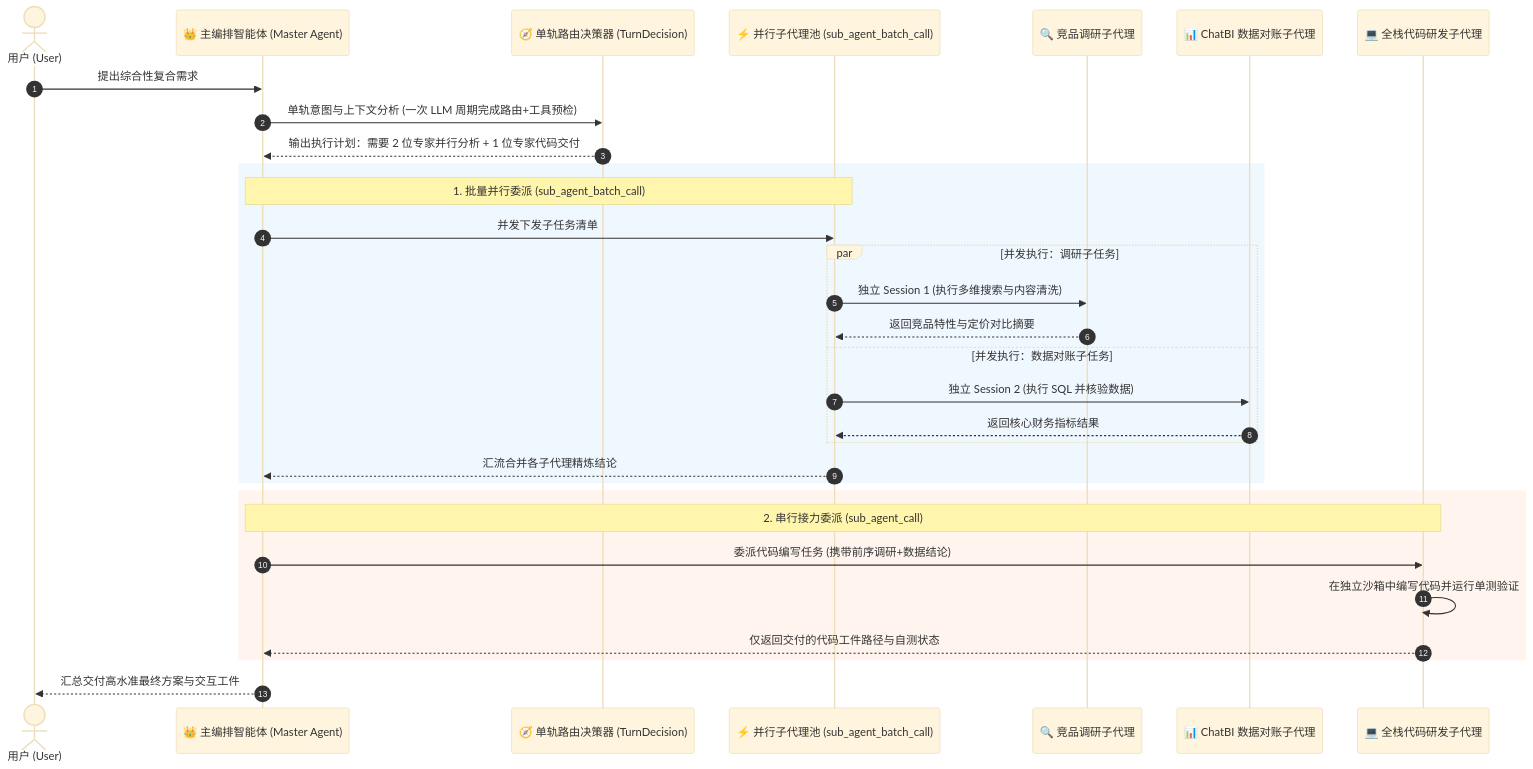
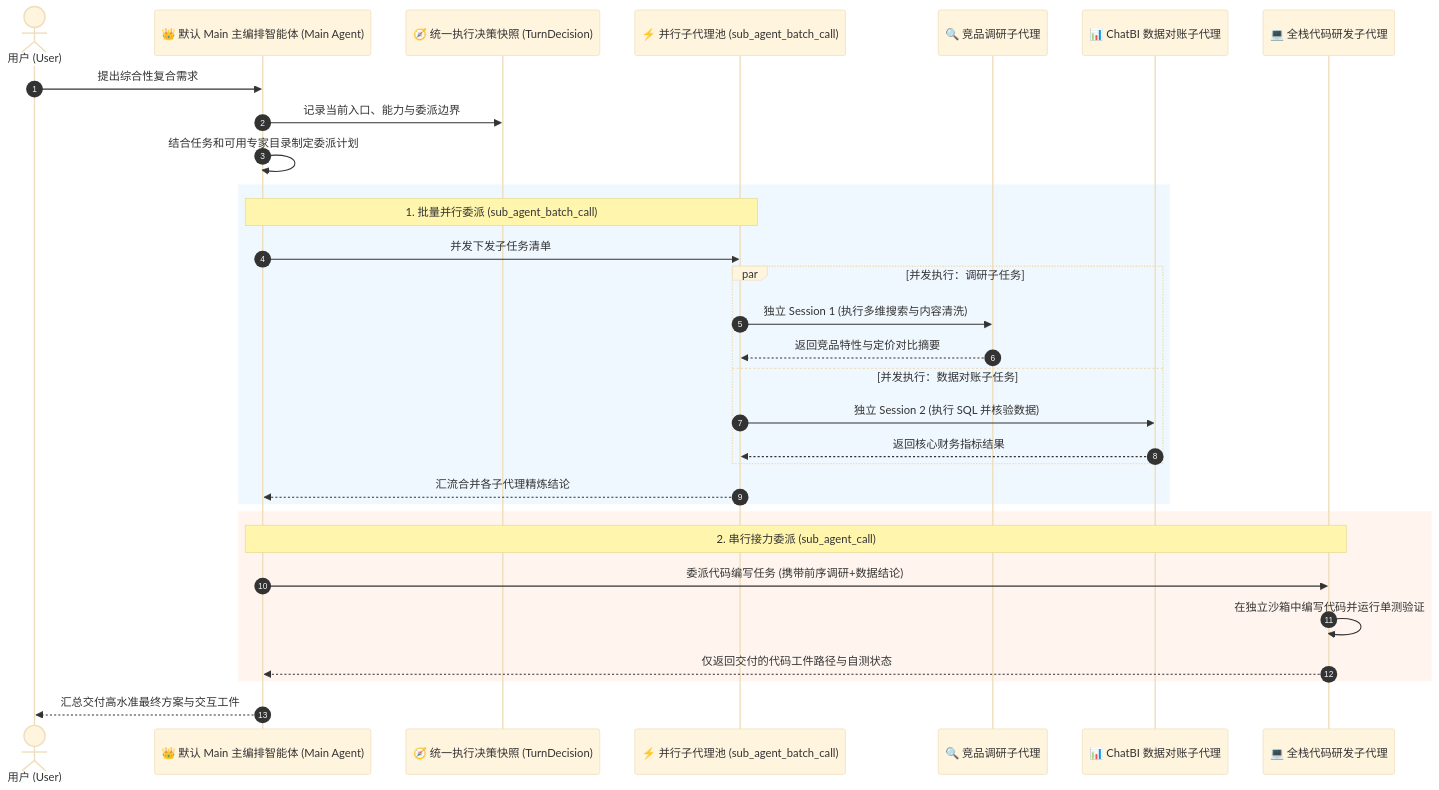
Before and after one commit to CandyACE/nanzi-ai-agent-platform: the fifth of 19 diagrams in FAQ.md, drawn with Mermaid (base theme). The commit also changed other lines of this file and 25 other files, not shown here.

````diff
--- a/FAQ.md
+++ b/FAQ.md
@@ -815,37 +815,37 @@
 ```mermaid
 sequenceDiagram
     autonumber
     actor User as 用户 (User)
-    participant Master as 👑 主编排智能体 (Master Agent)
-    participant Decision as 🧭 单轨路由决策器 (TurnDecision)
+    participant Master as 👑 默认 Main 主编排智能体 (Main Agent)
+    participant Decision as 🧭 统一执行决策快照 (TurnDecision)
     participant SubBatch as ⚡ 并行子代理池 (sub_agent_batch_call)
     participant Sub1 as 🔍 竞品调研子代理
     participant Sub2 as 📊 ChatBI 数据对账子代理
     participant Sub3 as 💻 全栈代码研发子代理
 
     User->>Master: 提出综合性复合需求
-    Master->>Decision: 单轨意图与上下文分析 (一次 LLM 周期完成路由+工具预检)
-    Decision-->>Master: 输出执行计划：需要 2 位专家并行分析 + 1 位专家代码交付
+    Master->>Decision: 记录当前入口、能力与委派边界
+    Master->>Master: 结合任务和可用专家目录制定委派计划
   
     rect rgb(240, 248, 255)
     Note over Master,SubBatch: 1. 批量并行委派 (sub_agent_batch_call)
     Master->>SubBatch: 并发下发子任务清单
     par 并发执行：调研子任务
         SubBatch->>Sub1: 独立 Session 1 (执行多维搜索与内容清洗)
         Sub1-->>SubBatch: 返回竞品特性与定价对比摘要
     and 并发执行：数据对账子任务
         SubBatch->>Sub2: 独立 Session 2 (执行 SQL 并核验数据)
         Sub2-->>SubBatch: 返回核心财务指标结果
     end
     SubBatch-->>Master: 汇流合并各子代理精炼结论
     end
 
     rect rgb(255, 245, 238)
     Note over Master,Sub3: 2. 串行接力委派 (sub_agent_call)
     Master->>Sub3: 委派代码编写任务 (携带前序调研+数据结论)
     Sub3->>Sub3: 在独立沙箱中编写代码并运行单测验证
     Sub3-->>Master: 仅返回交付的代码工件路径与自测状态
     end
 
     Master-->>User: 汇总交付高水准最终方案与交互工件
 ```
````
